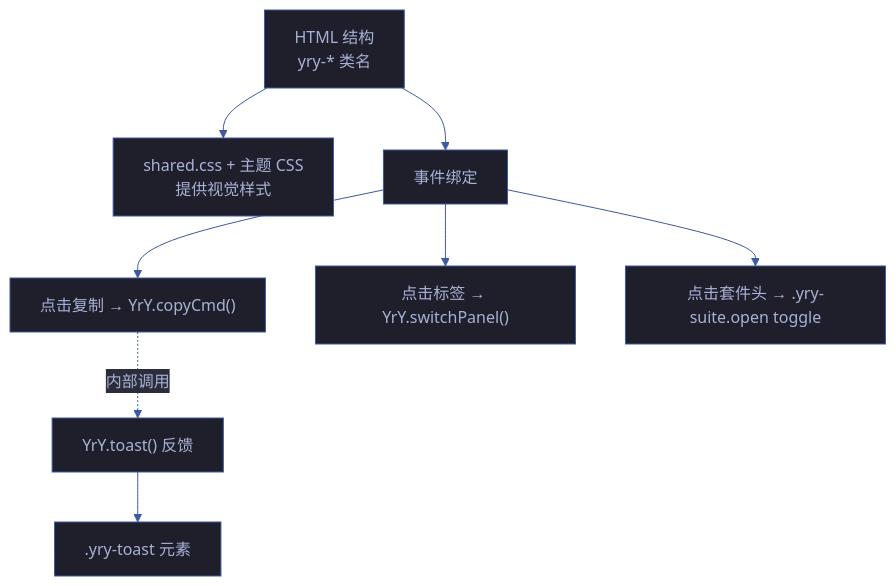
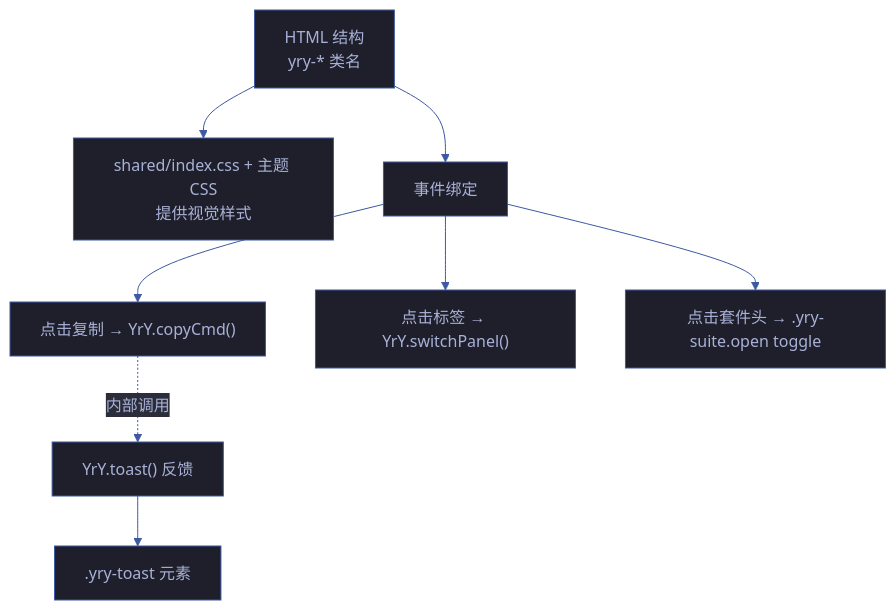
The third of 3 diagrams in cdn/故事任务面板/cdn/场景-3-组件库与JS工具API/index.md (effiy/YrY), drawn with Mermaid before and after one commit. The commit also changed other lines of this file and 553 other files, not shown here.

````diff
--- a/cdn/故事任务面板/cdn/场景-3-组件库与JS工具API/index.md
+++ b/cdn/故事任务面板/cdn/场景-3-组件库与JS工具API/index.md
@@ -223,18 +223,18 @@
 ```mermaid
 %%{init: {'theme': 'base', 'themeVariables': {
   'primaryColor': '#1e1f2b',
   'primaryTextColor': '#a9b1d6',
   'primaryBorderColor': '#3d59a1',
   'lineColor': '#3d59a1',
   'secondaryColor': '#2b2d3b',
   'tertiaryColor': '#21232f'
 }}}%%
 flowchart TD
-    HTML["HTML 结构<br/>yry-* 类名"] --> CSS["shared.css + 主题 CSS<br/>提供视觉样式"]
+    HTML["HTML 结构<br/>yry-* 类名"] --> CSS["shared/index.css + 主题 CSS<br/>提供视觉样式"]
     HTML --> EVENTS["事件绑定"]
     EVENTS --> TOAST_EVT["点击复制 → YrY.copyCmd()"]
     EVENTS --> TAB_EVT["点击标签 → YrY.switchPanel()"]
     EVENTS --> SUITE_EVT["点击套件头 → .yry-suite.open toggle"]
     TOAST_EVT -.内部调用.-> TOAST_API["YrY.toast() 反馈"]
     TOAST_API --> TOAST_EL[".yry-toast 元素"]
 ```
````
